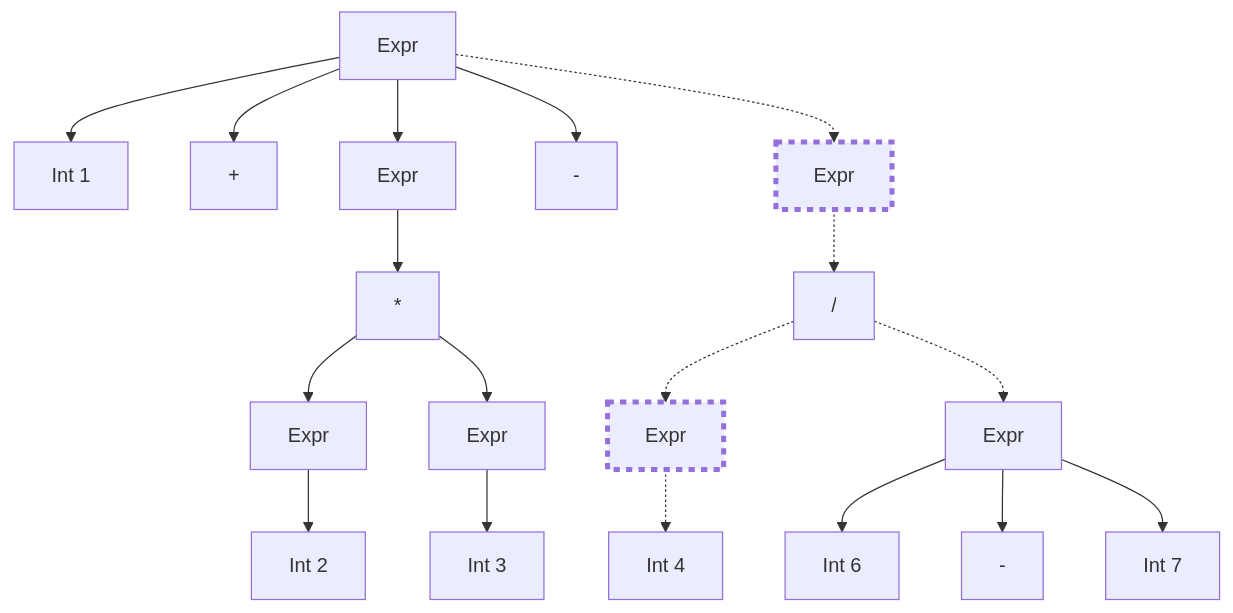
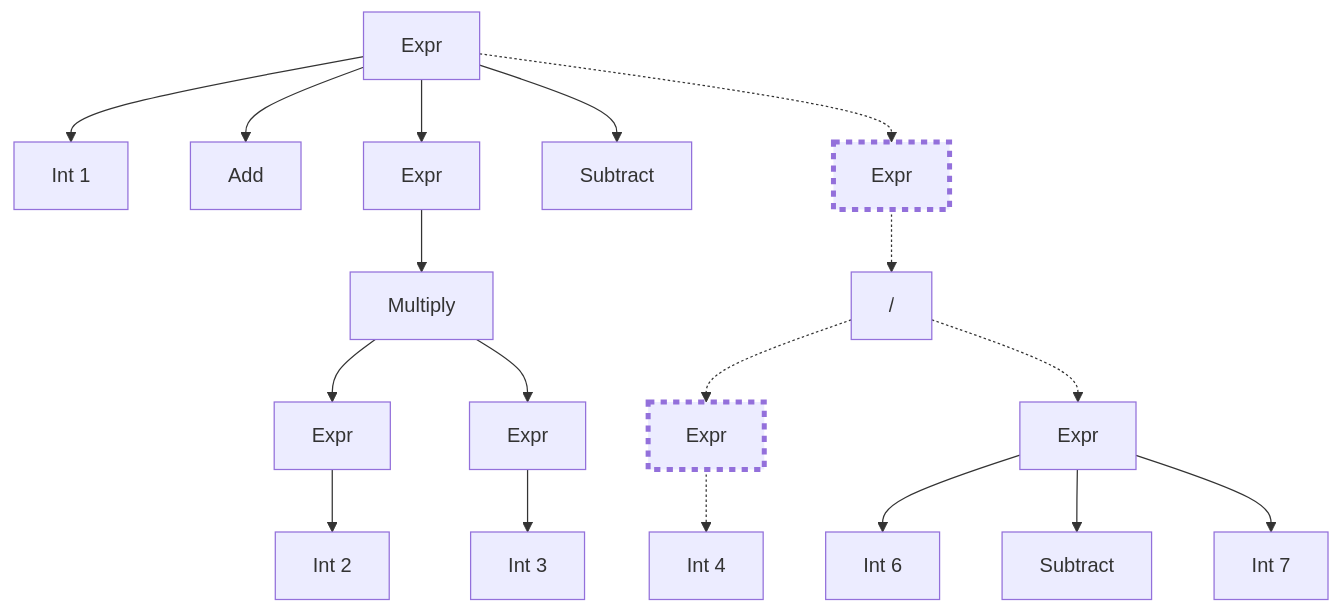
Diagram 24 of 27 in samples/infix/README.md (microsoft/Trieste), drawn with Mermaid before and after one commit. The commit also changed other lines of this file, not shown here.

````diff
--- a/samples/infix/README.md
+++ b/samples/infix/README.md
@@ -1134,21 +1137,21 @@
 ``` mermaid
 flowchart TD
   A[Expr]-->B[Int 1]
-  A-->C[+]
+  A-->C[Add]
   A-->N[Expr]
-  N-->E[*]
+  N-->E[Multiply]
   E-->DD[Expr]
   DD-->D[Int 2]
   E-->FF[Expr]
   FF-->F[Int 3]
-  A-->G[-]
+  A-->G[Subtract]
   A-.->O[Expr]:::current
   O-.->I["#47;"]
   I-.->HH[Expr]:::current
   HH-.->H[Int 4]
   I-.->J[Expr]
   J-->K[Int 6]
-  J-->L[-]
+  J-->L[Subtract]
   J-->M[Int 7]
   classDef current stroke-width:4px,stroke-dasharray:5 5;
 ```
````
